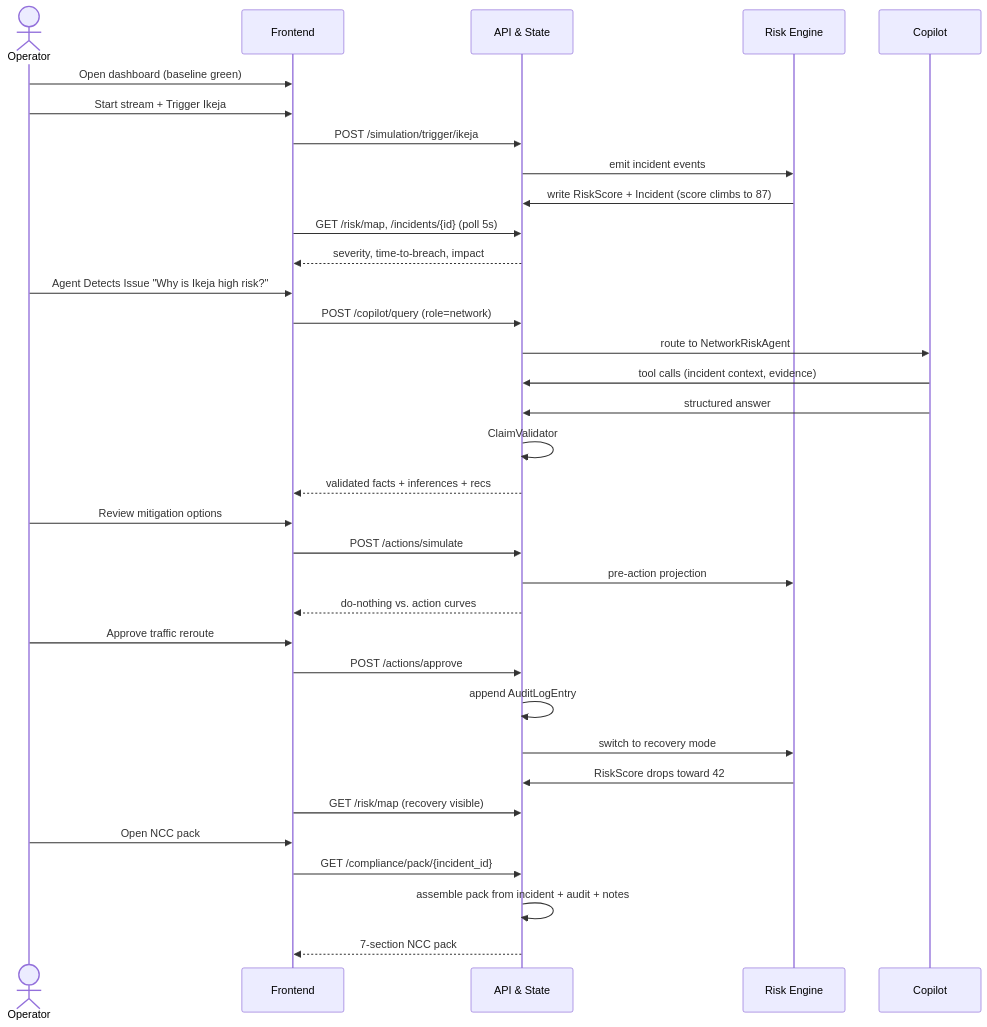
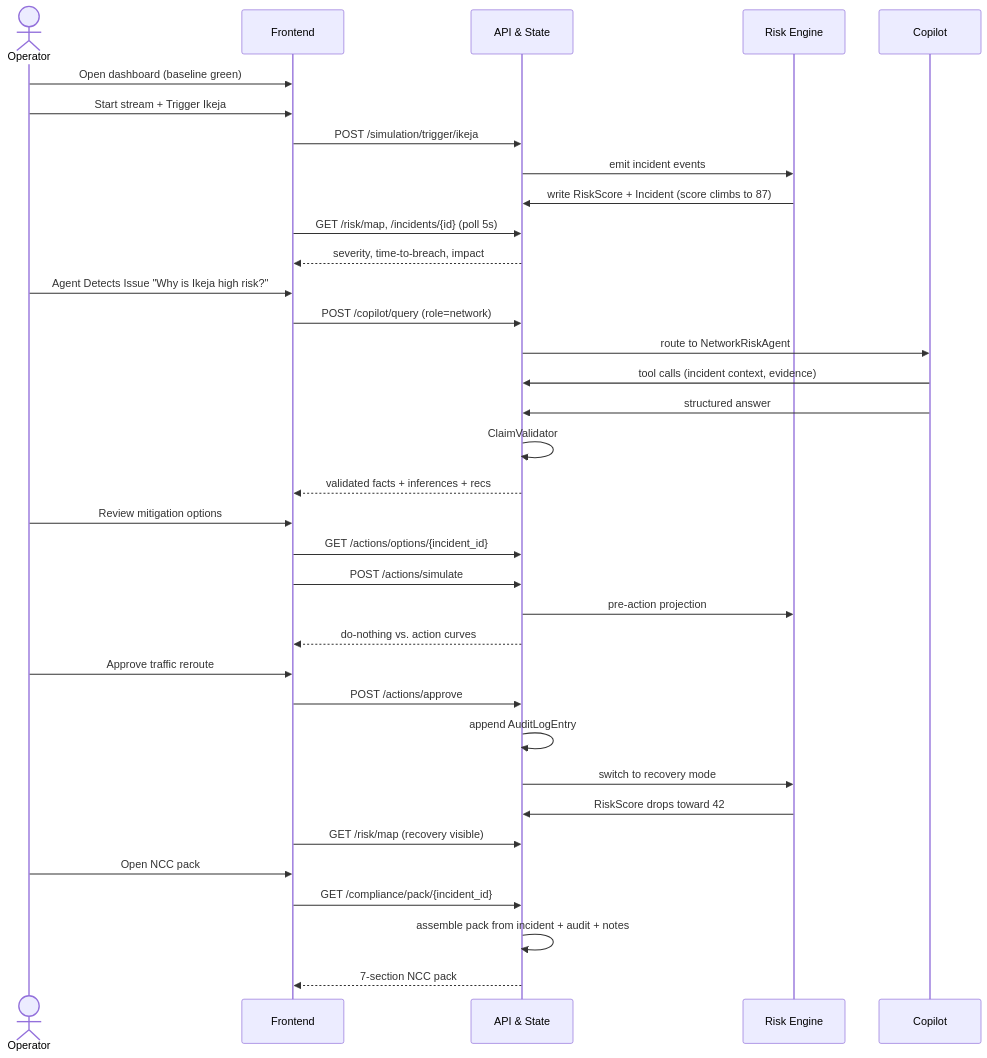
The first of 2 diagrams in docs/MVP_BLUEPRINT.md (Marvellousabio/riskguard_ai), drawn with Mermaid before and after one commit. The commit also changed other lines of this file and 5 other files, not shown here.

Commit message:
Update MVP docs for Semantic Kernel mitigation flow

````diff
--- a/docs/MVP_BLUEPRINT.md
+++ b/docs/MVP_BLUEPRINT.md
@@ -21,41 +21,42 @@
 ```mermaid
 sequenceDiagram
     actor Op as Operator
     participant FE as Frontend
     participant API as API & State
     participant ENG as Risk Engine
     participant COP as Copilot
 
     Op->>FE: Open dashboard (baseline green)
     Op->>FE: Start stream + Trigger Ikeja
     FE->>API: POST /simulation/trigger/ikeja
     API->>ENG: emit incident events
     ENG->>API: write RiskScore + Incident (score climbs to 87)
     FE->>API: GET /risk/map, /incidents/{id} (poll 5s)
     API-->>FE: severity, time-to-breach, impact
 
     Op->>FE: Agent Detects Issue "Why is Ikeja high risk?"
     FE->>API: POST /copilot/query (role=network)
     API->>COP: route to NetworkRiskAgent
     COP->>API: tool calls (incident context, evidence)
     COP->>API: structured answer
     API->>API: ClaimValidator
     API-->>FE: validated facts + inferences + recs
 
     Op->>FE: Review mitigation options
+    FE->>API: GET /actions/options/{incident_id}
     FE->>API: POST /actions/simulate
     API->>ENG: pre-action projection
     API-->>FE: do-nothing vs. action curves
 
     Op->>FE: Approve traffic reroute
     FE->>API: POST /actions/approve
     API->>API: append AuditLogEntry
     API->>ENG: switch to recovery mode
     ENG->>API: RiskScore drops toward 42
     FE->>API: GET /risk/map (recovery visible)
 
     Op->>FE: Open NCC pack
     FE->>API: GET /compliance/pack/{incident_id}
     API->>API: assemble pack from incident + audit + notes
     API-->>FE: 7-section NCC pack
 ```
````
